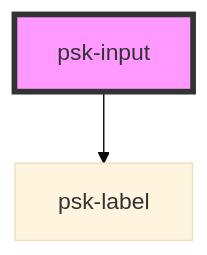
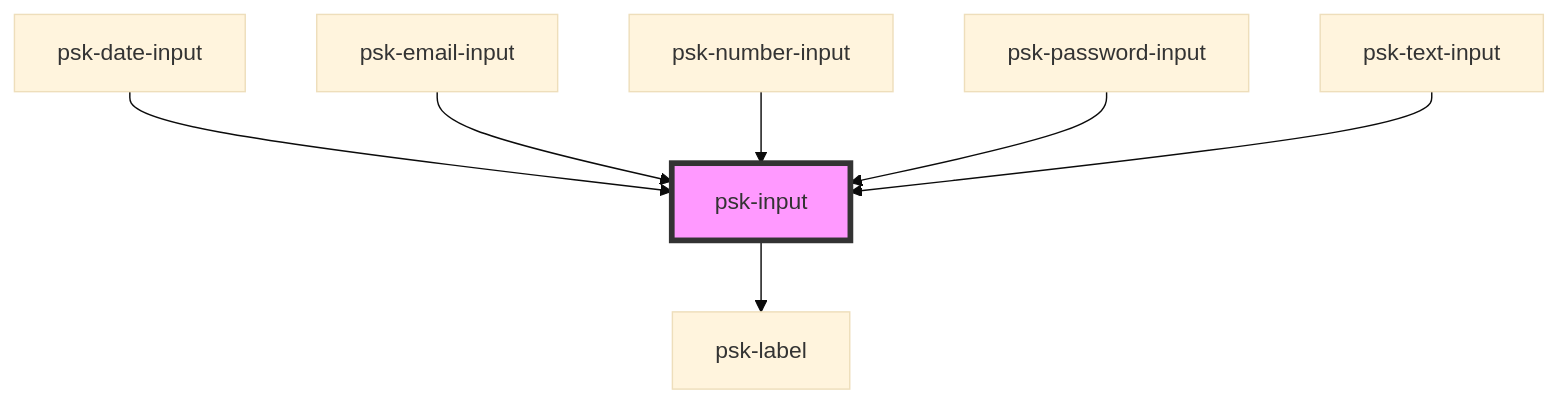
One commit to daniel-visoiu/cardinal changed the diagram in src/components/form-components/psk-input/readme.md. Above: the diagram before and after it, drawn with Mermaid (base theme). The commit also changed other lines of this file and 14 other files, not shown here.

Commit message:
Implementare componente noi - psk-date-input, psk-password-input, psk-email-input, psk-number-input si psk-text-input derivate din psk-input.

````diff
--- a/src/components/form-components/psk-input/readme.md
+++ b/src/components/form-components/psk-input/readme.md
@@ -29,5 +38,10 @@
 ```mermaid
 graph TD;
   psk-input --> psk-label
+  psk-date-input --> psk-input
+  psk-email-input --> psk-input
+  psk-number-input --> psk-input
+  psk-password-input --> psk-input
+  psk-text-input --> psk-input
   style psk-input fill:#f9f,stroke:#333,stroke-width:4px
 ```
````
